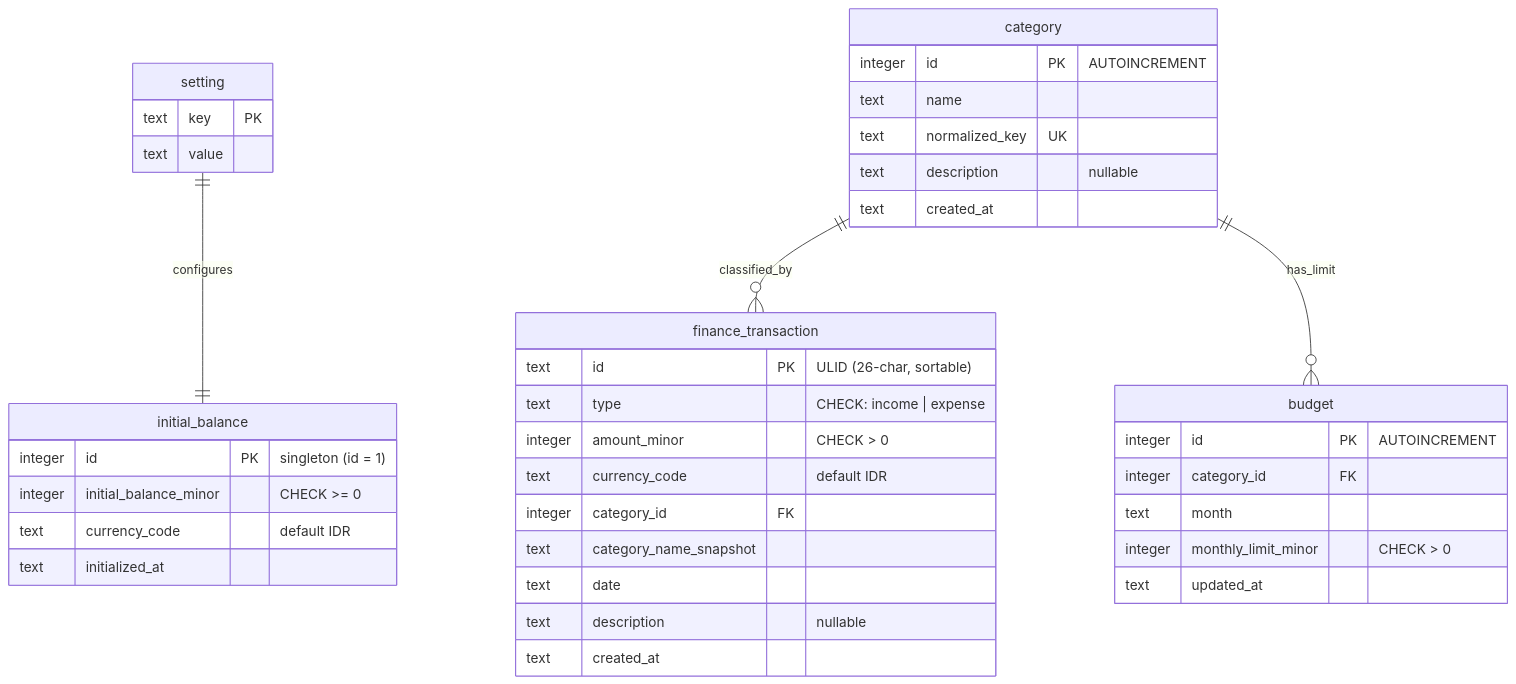
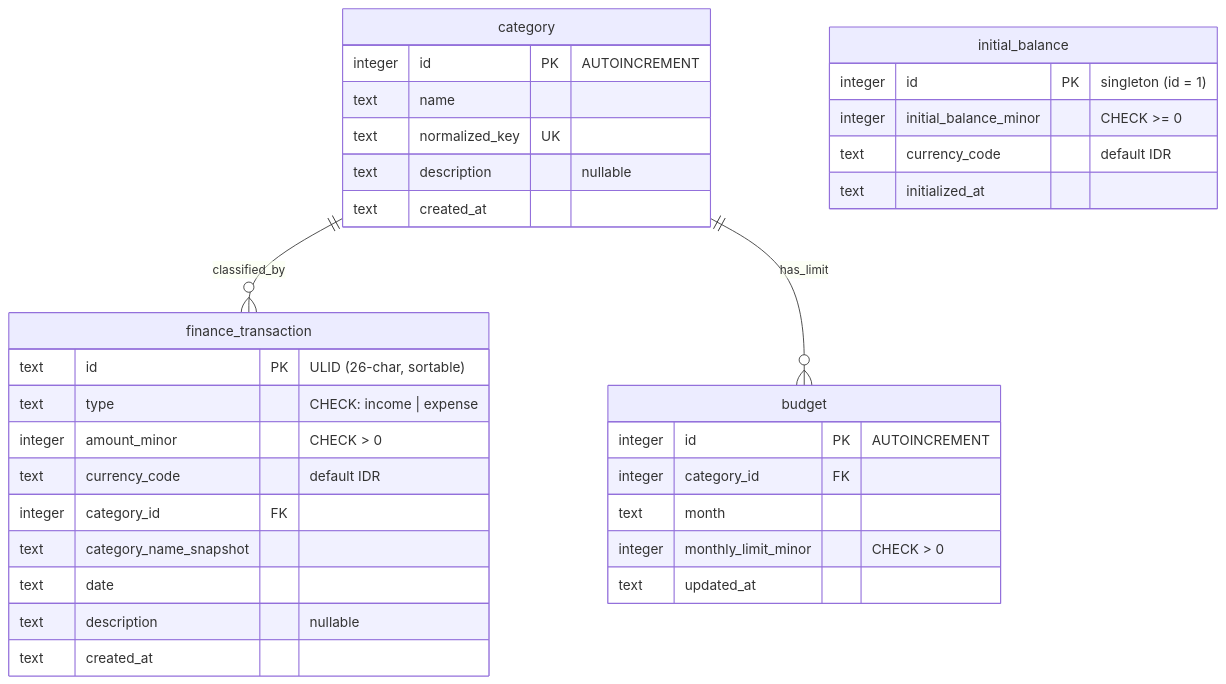
One commit to handiism/infinita changed the diagram in docs/diagrams/trd/001-trd-data-model-erd.mmd. Above: the diagram before and after it, drawn with Mermaid. The commit also changed 31 other files, not shown here.

```diff
--- a/docs/diagrams/trd/001-trd-data-model-erd.mmd
+++ b/docs/diagrams/trd/001-trd-data-model-erd.mmd
@@ -1,44 +1,39 @@
 erDiagram
-    setting ||--|| initial_balance : configures
+    %% Note: Settings are stored in YAML file, not SQLite. This diagram shows SQLite tables only.
     category ||--o{ finance_transaction : classified_by
     category ||--o{ budget : has_limit
-
-    setting {
-        text key PK
-        text value
-    }
 
     initial_balance {
         integer id PK "singleton (id = 1)"
         integer initial_balance_minor "CHECK >= 0"
         text currency_code "default IDR"
         text initialized_at
     }
 
     category {
         integer id PK "AUTOINCREMENT"
         text name
         text normalized_key UK
         text description "nullable"
         text created_at
     }
 
     finance_transaction {
         text id PK "ULID (26-char, sortable)"
         text type "CHECK: income | expense"
         integer amount_minor "CHECK > 0"
         text currency_code "default IDR"
         integer category_id FK
         text category_name_snapshot
         text date
         text description "nullable"
         text created_at
     }
 
     budget {
         integer id PK "AUTOINCREMENT"
         integer category_id FK
         text month
         integer monthly_limit_minor "CHECK > 0"
         text updated_at
     }
```
